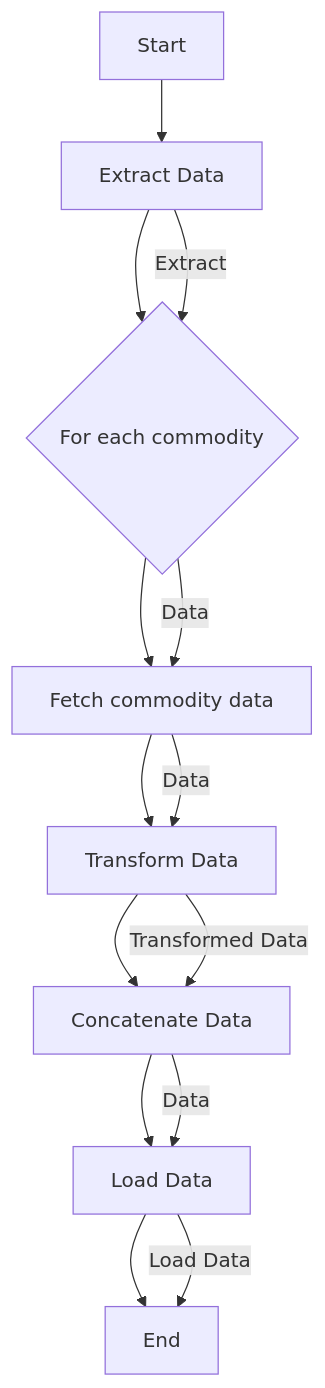
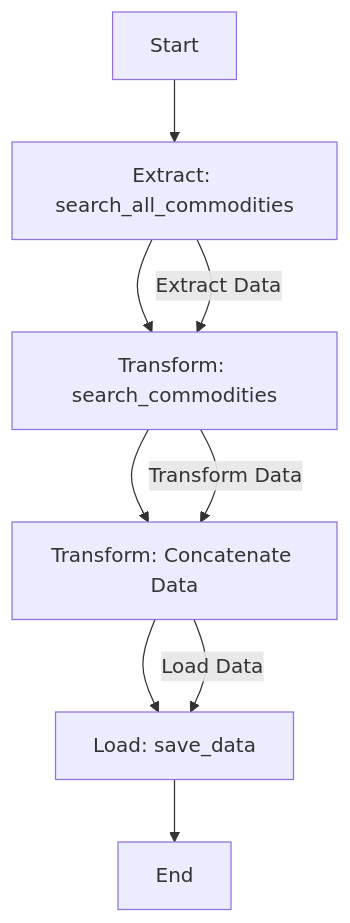
Before and after one commit to Essence999/commodities_data_warehouse: the diagram in README.md, drawn with Mermaid.

````diff
--- a/README.md
+++ b/README.md
@@ -3,18 +3,13 @@
 ```mermaid
 flowchart TD
-    A[Start] --> B[Extract Data]
-    B --> C{For each commodity}
-    C --> D[Fetch commodity data]
-    D --> E[Transform Data]
-    E --> F[Concatenate Data]
-    F --> G[Load Data]
-    G --> H[End]
+    A[Start] --> B[Extract: search_all_commodities]
+    B --> C[Transform: search_commodities]
+    C --> D[Transform: Concatenate Data]
+    D --> E[Load: save_data]
+    E --> F[End]
 
     %% Define the links between the elements
-    B -->|Extract| C
-    C -->|Data| D
-    D -->|Data| E
-    E -->|Transformed Data| F
-    F -->|Data| G
-    G -->|Load Data| H
+    B -->|Extract Data| C
+    C -->|Transform Data| D
+    D -->|Load Data| E
 ```
````
